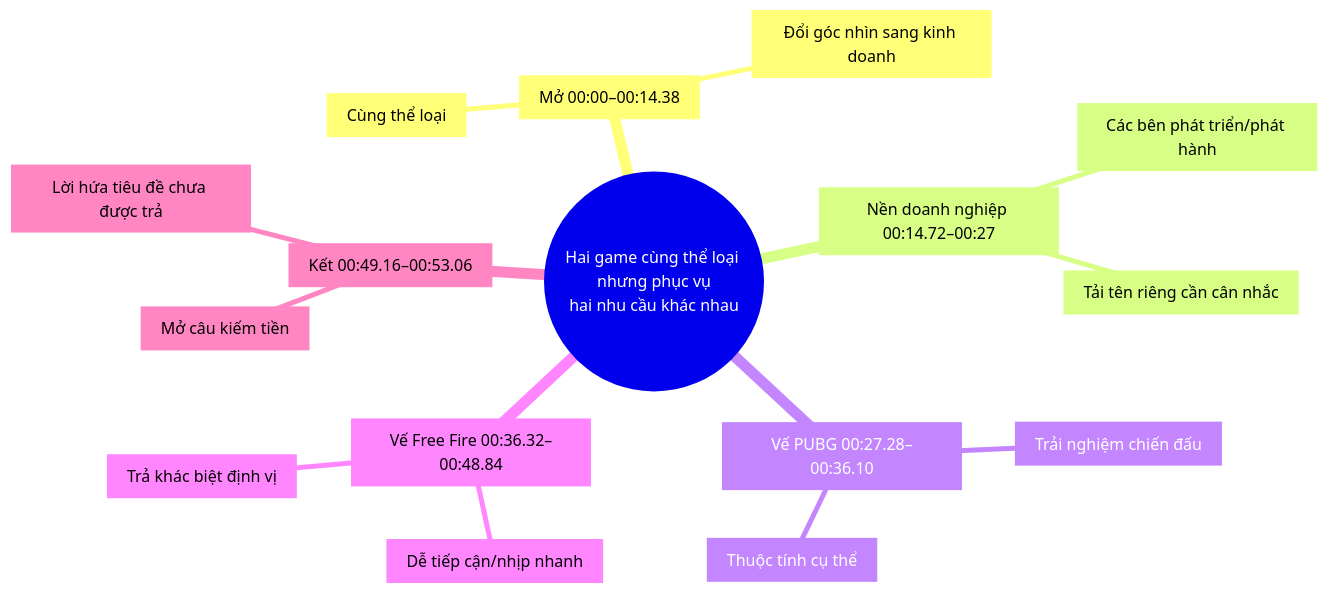
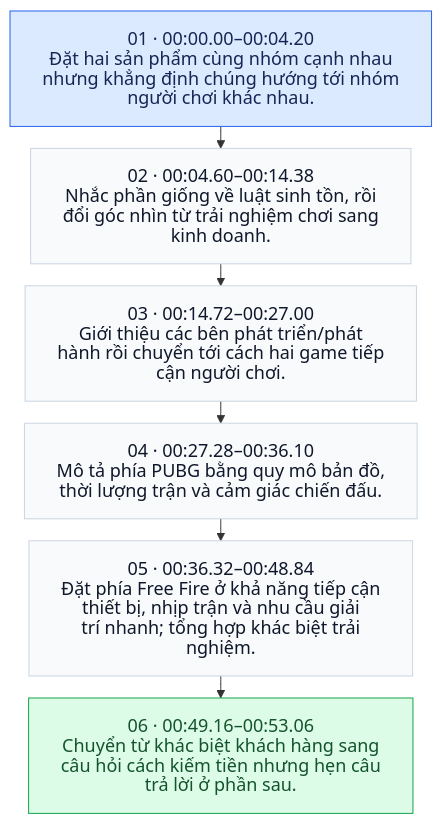
One commit to vilo0411/hook-script-kit changed the diagram in skills/hook-script/references/corpus/cases/7692502679943187719.md. Above: the diagram before and after it, drawn with Mermaid. The commit also changed other lines of this file and 103 other files, not shown here.

Commit message:
Diversify Vietnamese clip sources and replace radial maps with story flows

````diff
--- a/skills/hook-script/references/corpus/cases/7692502679943187719.md
+++ b/skills/hook-script/references/corpus/cases/7692502679943187719.md
@@ -126,19 +17,21 @@
 ```mermaid
-mindmap
-  root((Hai game cùng thể loại nhưng phục vụ<br/>hai nhu cầu khác nhau))
-    b0["Mở 00:00–00:14.38"]
-      b0c0["Cùng thể loại"]
-      b0c1["Đổi góc nhìn sang kinh doanh"]
-    b1["Nền doanh nghiệp 00:14.72–00:27"]
-      b1c0["Các bên phát triển/phát hành"]
-      b1c1["Tải tên riêng cần cân nhắc"]
-    b2["Vế PUBG 00:27.28–00:36.10"]
-      b2c0["Trải nghiệm chiến đấu"]
-      b2c1["Thuộc tính cụ thể"]
-    b3["Vế Free Fire 00:36.32–00:48.84"]
-      b3c0["Dễ tiếp cận/nhịp nhanh"]
-      b3c1["Trả khác biệt định vị"]
-    b4["Kết 00:49.16–00:53.06"]
-      b4c0["Mở câu kiếm tiền"]
-      b4c1["Lời hứa tiêu đề chưa được trả"]
+%%{init: {"htmlLabels": false, "themeVariables": {"fontSize": "18px"}, "flowchart": {"padding": 16, "rankSpacing": 22, "wrappingWidth": 360}}}%%
+flowchart TD
+  n0["01 · 00:00.00–00:04.20<br/>Đặt hai sản phẩm cùng nhóm cạnh nhau<br/>nhưng khẳng định chúng hướng tới nhóm<br/>người chơi khác nhau."]
+  n1["02 · 00:04.60–00:14.38<br/>Nhắc phần giống về luật sinh tồn, rồi<br/>đổi góc nhìn từ trải nghiệm chơi sang<br/>kinh doanh."]
+  n0 --> n1
+  n2["03 · 00:14.72–00:27.00<br/>Giới thiệu các bên phát triển/phát<br/>hành rồi chuyển tới cách hai game tiếp<br/>cận người chơi."]
+  n1 --> n2
+  n3["04 · 00:27.28–00:36.10<br/>Mô tả phía PUBG bằng quy mô bản đồ,<br/>thời lượng trận và cảm giác chiến đấu."]
+  n2 --> n3
+  n4["05 · 00:36.32–00:48.84<br/>Đặt phía Free Fire ở khả năng tiếp cận<br/>thiết bị, nhịp trận và nhu cầu giải<br/>trí nhanh; tổng hợp khác biệt trải<br/>nghiệm."]
+  n3 --> n4
+  n5["06 · 00:49.16–00:53.06<br/>Chuyển từ khác biệt khách hàng sang<br/>câu hỏi cách kiếm tiền nhưng hẹn câu<br/>trả lời ở phần sau."]
+  n4 --> n5
+  classDef phase fill:#F8FAFC,stroke:#CBD5E1,color:#0F172A,font-size:18px;
+  classDef opening fill:#DBEAFE,stroke:#2563EB,color:#172554,font-size:18px;
+  classDef ending fill:#DCFCE7,stroke:#16A34A,color:#14532D,font-size:18px;
+  class n0,n1,n2,n3,n4,n5 phase;
+  class n0 opening;
+  class n5 ending;
 ```
````
